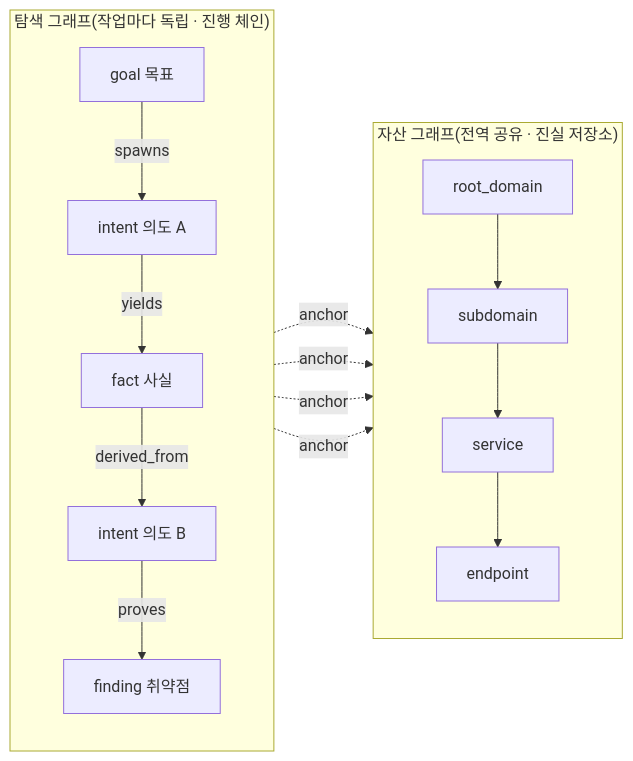
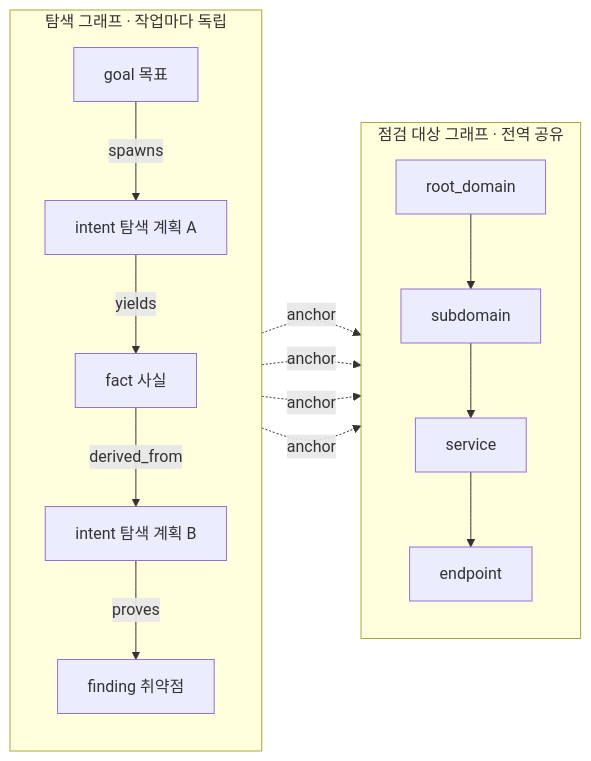
One commit to wnduddld0513/ARTEX-KR changed the second of 5 diagrams in README.md. Above: the diagram before and after it, drawn with Mermaid. The commit also changed other lines of this file and 88 other files, not shown here.

````diff
--- a/README.md
+++ b/README.md
@@ -363,27 +371,27 @@
 ```mermaid
 flowchart LR
-  subgraph EG["탐색 그래프(작업마다 독립 · 진행 체인)"]
+  subgraph EG["탐색 그래프 · 작업마다 독립"]
     direction TB
     G["goal 목표"]
-    I1["intent 의도 A"]
+    I1["intent 탐색 계획 A"]
     F1["fact 사실"]
-    I2["intent 의도 B"]
+    I2["intent 탐색 계획 B"]
     FD["finding 취약점"]
     G -->|spawns| I1
     I1 -->|yields| F1
     F1 -->|derived_from| I2
     I2 -->|proves| FD
   end
-  subgraph AG["자산 그래프(전역 공유 · 진실 저장소)"]
+  subgraph AG["점검 대상 그래프 · 전역 공유"]
     direction TB
     RD["root_domain"]
     SD["subdomain"]
     SV["service"]
     EP["endpoint"]
     RD --> SD --> SV --> EP
   end
   I1 -. anchor .-> SD
   F1 -. anchor .-> SV
   I2 -. anchor .-> EP
   FD -. anchor .-> EP
 ```
````
